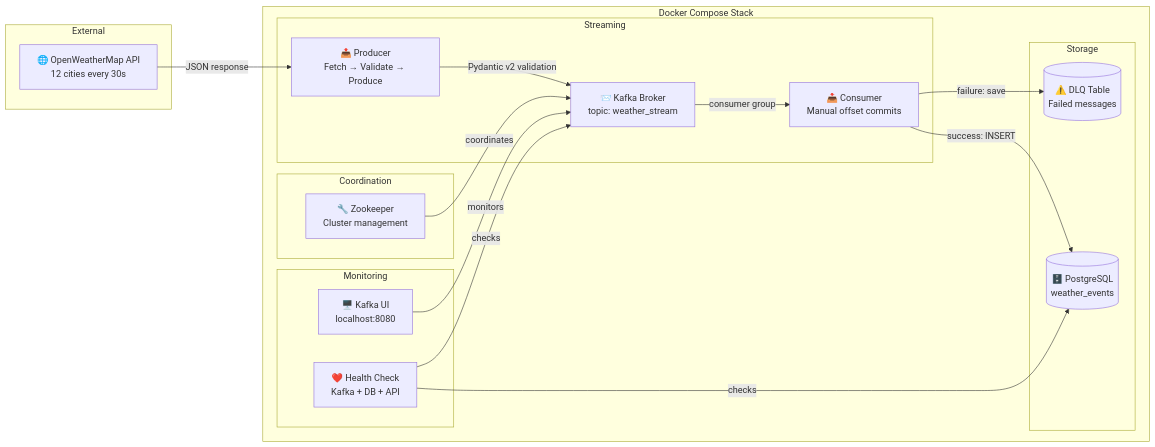
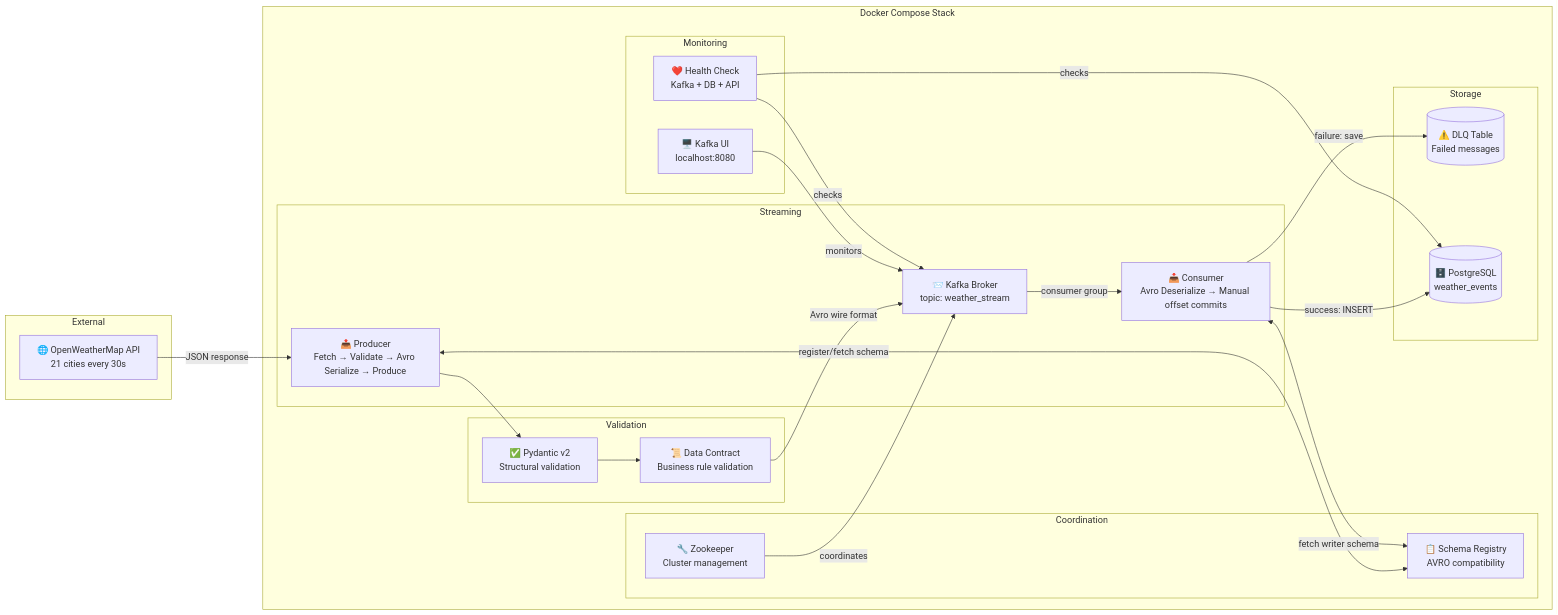
The diagram in README.md (OjongBessongNKONGHO/kafka-streaming-pipeline), drawn with Mermaid before and after one commit. The commit also changed other lines of this file, not shown here.

Commit message:
docs: update README with Avro serialization, Schema Registry, data contracts and 93 tests

````diff
--- a/README.md
+++ b/README.md
@@ -23,38 +21,48 @@
 ```mermaid
 flowchart LR
     subgraph External
-        API[🌐 OpenWeatherMap API\n12 cities every 30s]
+        API[🌐 OpenWeatherMap API\n21 cities every 30s]
     end
 
     subgraph Docker Compose Stack
         subgraph Coordination
             ZK[🔧 Zookeeper\nCluster management]
+            SR[📋 Schema Registry\nAVRO compatibility]
         end
 
         subgraph Streaming
-            PROD[📤 Producer\nFetch → Validate → Produce]
+            PROD[📤 Producer\nFetch → Validate → Avro Serialize → Produce]
             KAFKA[📨 Kafka Broker\ntopic: weather_stream]
-            CONS[📥 Consumer\nManual offset commits]
+            CONS[📥 Consumer\nAvro Deserialize → Manual offset commits]
+        end
+
+        subgraph Validation
+            CONTRACT[📜 Data Contract\nBusiness rule validation]
+            PYDANTIC[✅ Pydantic v2\nStructural validation]
         end
 
         subgraph Monitoring
             KUI[🖥️ Kafka UI\nlocalhost:8080]
             HC[❤️ Health Check\nKafka + DB + API]
         end
 
         subgraph Storage
             DLQ[(⚠️ DLQ Table\nFailed messages)]
             DB[(🗄️ PostgreSQL\nweather_events)]
         end
     end
 
     API -->|JSON response| PROD
-    PROD -->|Pydantic v2 validation| KAFKA
+    PROD --> PYDANTIC
+    PYDANTIC --> CONTRACT
+    CONTRACT -->|Avro wire format| KAFKA
+    PROD <-->|register/fetch schema| SR
     ZK -->|coordinates| KAFKA
     KAFKA -->|consumer group| CONS
+    CONS <-->|fetch writer schema| SR
     CONS -->|success: INSERT| DB
     CONS -->|failure: save| DLQ
     KUI -->|monitors| KAFKA
     HC -->|checks| KAFKA
     HC -->|checks| DB
 ```
````
